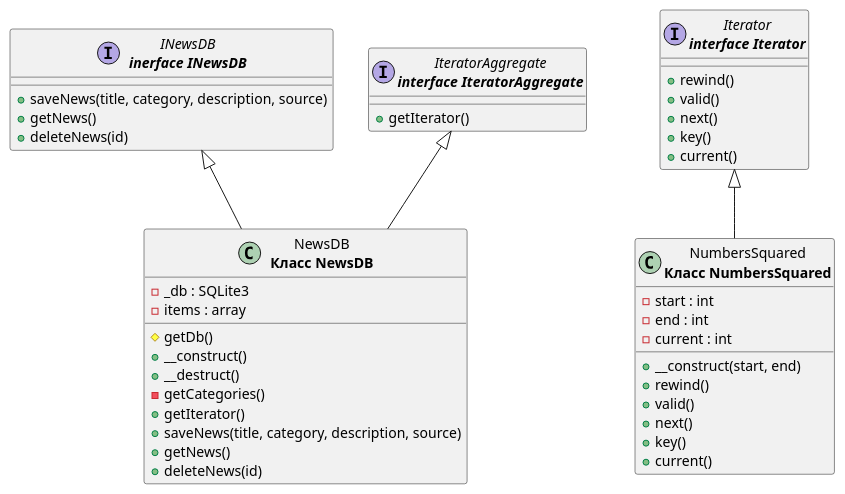
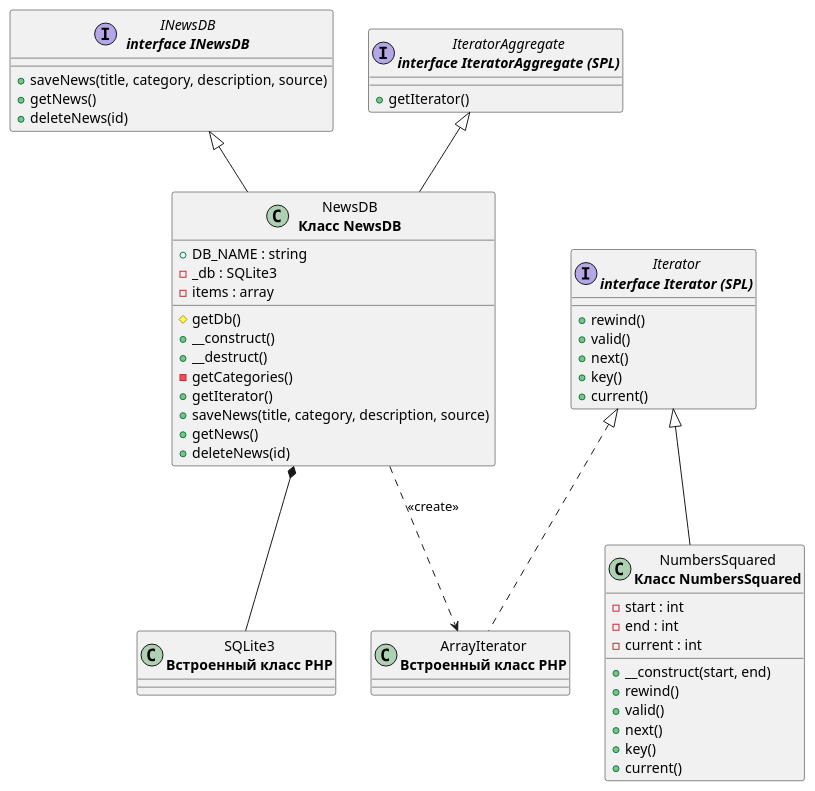
One commit to xImDoctor/web-labs changed the diagram in lab4/diagrams/news_diagram.puml. Above: the diagram before and after it, drawn with PlantUML. The commit also changed 3 other files, not shown here.

Commit message:
Upd lab4 diagram

```diff
--- a/lab4/diagrams/news_diagram.puml
+++ b/lab4/diagrams/news_diagram.puml
@@ -1,48 +1,56 @@
 @startuml class-diagram
-  interface "INewsDB\n<b>inerface INewsDB</b>" as INewsDB {
+  interface "INewsDB\n<b>interface INewsDB</b>" as INewsDB {
     +saveNews(title, category, description, source)
     +getNews()
     +deleteNews(id)
   }
 
-  interface "Iterator\n<b>interface Iterator</b>" as Iterator {
+  interface "Iterator\n<b>interface Iterator (SPL)</b>" as Iterator {
     +rewind()
     +valid()
     +next()
     +key()
     +current()
   }
 
-  interface "IteratorAggregate\n<b>interface IteratorAggregate</b>" as IteratorAggregate {
+  interface "IteratorAggregate\n<b>interface IteratorAggregate (SPL)</b>" as IteratorAggregate {
     +getIterator()
   }
 
   class "NewsDB\n<b>Класс NewsDB</b>" as NewsDB {
+    +DB_NAME : string
     -_db : SQLite3
     -items : array
     #getDb()
     +__construct()
     +__destruct()
     -getCategories()
     +getIterator()
     +saveNews(title, category, description, source)
     +getNews()
     +deleteNews(id)
   }
 
   class "NumbersSquared\n<b>Класс NumbersSquared</b>" as NumbersSquared {
     -start : int
     -end : int
     -current : int
     +__construct(start, end)
     +rewind()
     +valid()
     +next()
     +key()
     +current()
   }
 
+  class "SQLite3\n<b>Встроенный класс PHP</b>" as SQLite3
+
+  class "ArrayIterator\n<b>Встроенный класс PHP</b>" as ArrayIterator
+
   INewsDB <|-- NewsDB
   IteratorAggregate <|-- NewsDB
   Iterator <|-- NumbersSquared
+  Iterator <|.. ArrayIterator
+  NewsDB *-- SQLite3
+  NewsDB ..> ArrayIterator : <<create>>
 @enduml
```
